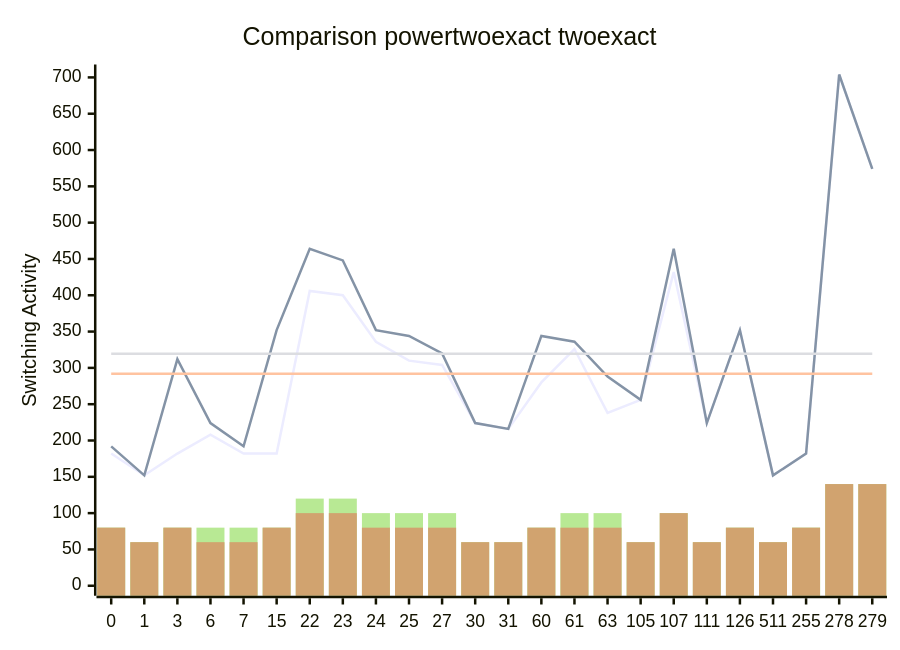
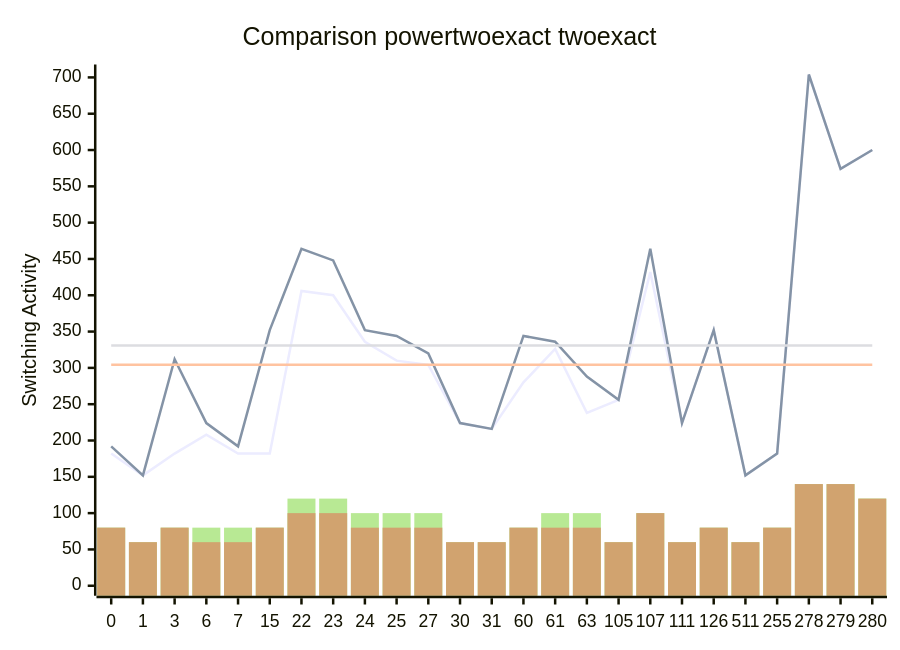
Before and after one commit to FeldmeierMichael/Exact-Power-Synthesis: the diagram in benchmark_opt_500.md, drawn with Mermaid. The commit also changed other lines of this file, not shown here.

````diff
--- a/benchmark_opt_500.md
+++ b/benchmark_opt_500.md
@@ -49,12 +51,12 @@
 ```mermaid
 xychart-beta
     title "Comparison powertwoexact twoexact"
-    x-axis [0, 1, 3, 6, 7, 15, 22, 23, 24, 25, 27, 30, 31, 60, 61, 63, 105, 107, 111, 126, 511, 255, 278, 279]
+    x-axis [0, 1, 3, 6, 7, 15, 22, 23, 24, 25, 27, 30, 31, 60, 61, 63, 105, 107, 111, 126, 511, 255, 278, 279, 280]
     y-axis "Switching Activity" 0-->704
-    line [182, 152, 182, 208, 182, 182, 406, 400, 336, 310, 304, 224, 216, 280, 326, 238, 256, 432, 224, 352, 152, 182, 704, 574]
-    line [192, 152, 312, 224, 192, 352, 464, 448, 352, 344, 320, 224, 216, 344, 336, 288, 256, 464, 224, 352, 152, 182, 704, 574]
-    line [291.8333333333333, 291.8333333333333, 291.8333333333333, 291.8333333333333, 291.8333333333333, 291.8333333333333, 291.8333333333333, 291.8333333333333, 291.8333333333333, 291.8333333333333, 291.8333333333333, 291.8333333333333, 291.8333333333333, 291.8333333333333, 291.8333333333333, 291.8333333333333, 291.8333333333333, 291.8333333333333, 291.8333333333333, 291.8333333333333, 291.8333333333333, 291.8333333333333, 291.8333333333333, 291.8333333333333]
-    line [319.5, 319.5, 319.5, 319.5, 319.5, 319.5, 319.5, 319.5, 319.5, 319.5, 319.5, 319.5, 319.5, 319.5, 319.5, 319.5, 319.5, 319.5, 319.5, 319.5, 319.5, 319.5, 319.5, 319.5]
-    bar [80, 60, 80, 80, 80, 80, 120, 120, 100, 100, 100, 60, 60, 80, 100, 100, 60, 100, 60, 80, 60, 80, 140, 140]
-    bar [80, 60, 80, 60, 60, 80, 100, 100, 80, 80, 80, 60, 60, 80, 80, 80, 60, 100, 60, 80, 60, 80, 140, 140]
+    line [182, 152, 182, 208, 182, 182, 406, 400, 336, 310, 304, 224, 216, 280, 326, 238, 256, 432, 224, 352, 152, 182, 704, 574, 600]
+    line [192, 152, 312, 224, 192, 352, 464, 448, 352, 344, 320, 224, 216, 344, 336, 288, 256, 464, 224, 352, 152, 182, 704, 574, 600]
+    line [304.16, 304.16, 304.16, 304.16, 304.16, 304.16, 304.16, 304.16, 304.16, 304.16, 304.16, 304.16, 304.16, 304.16, 304.16, 304.16, 304.16, 304.16, 304.16, 304.16, 304.16, 304.16, 304.16, 304.16, 304.16]
+    line [330.72, 330.72, 330.72, 330.72, 330.72, 330.72, 330.72, 330.72, 330.72, 330.72, 330.72, 330.72, 330.72, 330.72, 330.72, 330.72, 330.72, 330.72, 330.72, 330.72, 330.72, 330.72, 330.72, 330.72, 330.72]
+    bar [80, 60, 80, 80, 80, 80, 120, 120, 100, 100, 100, 60, 60, 80, 100, 100, 60, 100, 60, 80, 60, 80, 140, 140, 120]
+    bar [80, 60, 80, 60, 60, 80, 100, 100, 80, 80, 80, 60, 60, 80, 80, 80, 60, 100, 60, 80, 60, 80, 140, 140, 120]
 ```
````
